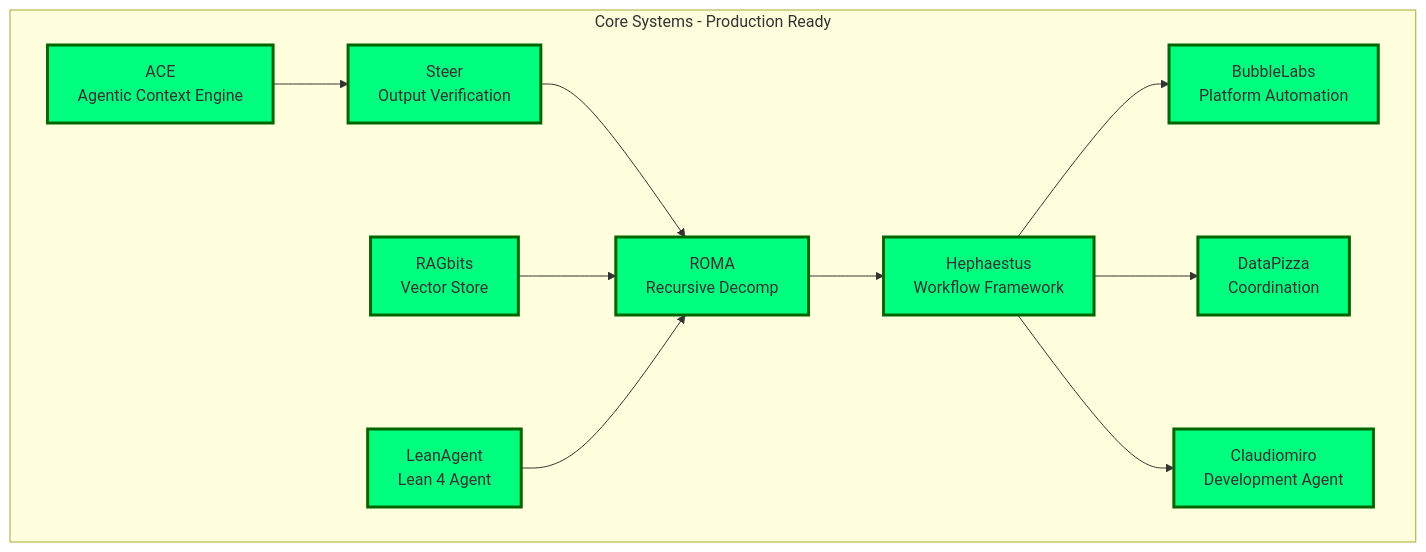
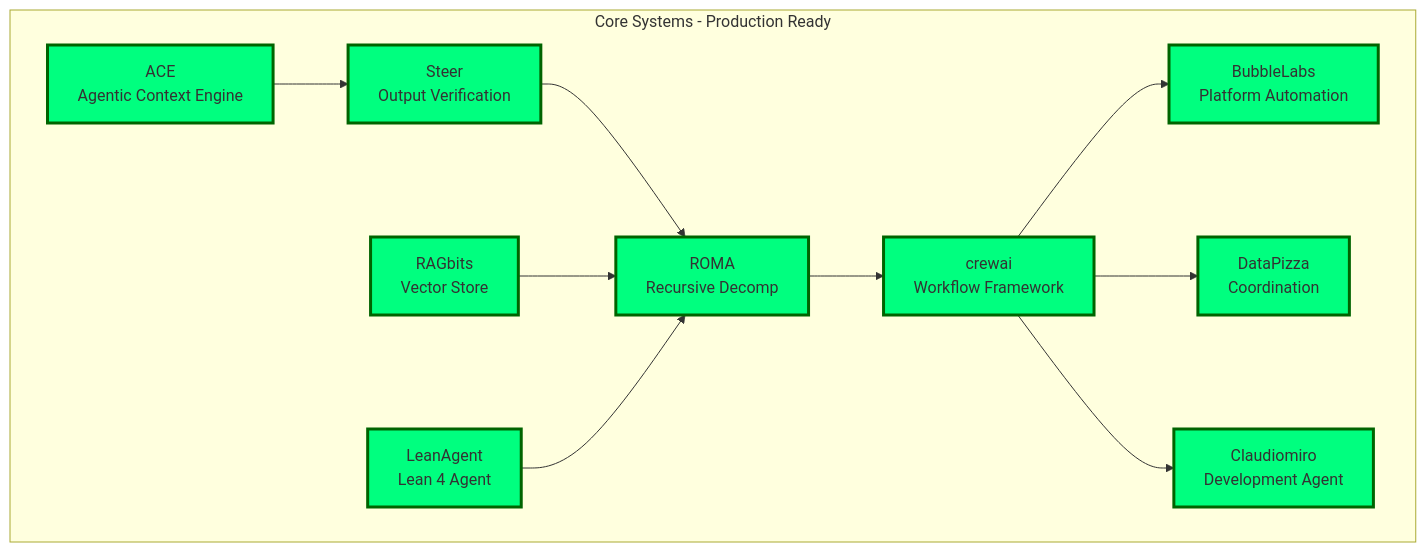
One commit to jazir555/OpenEvolveFrontend changed the seventh of 28 diagrams in docs/integrations/INTEGRATION_ARCHITECTURE_MERMAID.md. Above: the diagram before and after it, drawn with Mermaid. The commit also changed other lines of this file and 153 other files, not shown here.

````diff
--- a/docs/integrations/INTEGRATION_ARCHITECTURE_MERMAID.md
+++ b/docs/integrations/INTEGRATION_ARCHITECTURE_MERMAID.md
@@ -466,27 +466,27 @@
 ```mermaid
 graph TB
     subgraph "Core Systems - Production Ready"
         AC[ACE<br/>Agentic Context Engine]
         ST[Steer<br/>Output Verification]
         RM[ROMA<br/>Recursive Decomp]
         RB[RAGbits<br/>Vector Store]
         LG[LeanAgent<br/>Lean 4 Agent]
-        HP[Hephaestus<br/>Workflow Framework]
+        HP[crewai<br/>Workflow Framework]
         BL[BubbleLabs<br/>Platform Automation]
         DP[DataPizza<br/>Coordination]
         CM[Claudiomiro<br/>Development Agent]
     end
 
     AC --> ST
     RM --> HP
     ST --> RM
     RB --> RM
     LG --> RM
 
     HP --> BL
     HP --> DP
     HP --> CM
 
     classDef coreStyle fill:#00FF7F,stroke:#006400,stroke-width:3px
     class AC,ST,RM,RB,LG,HP,BL,DP,CM coreStyle
 ```
````
